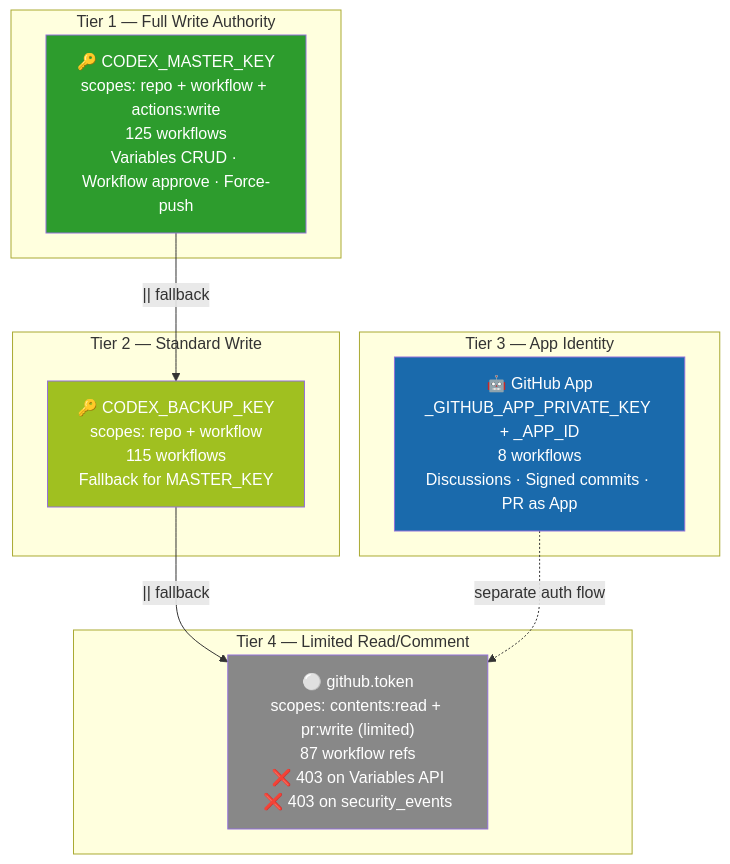
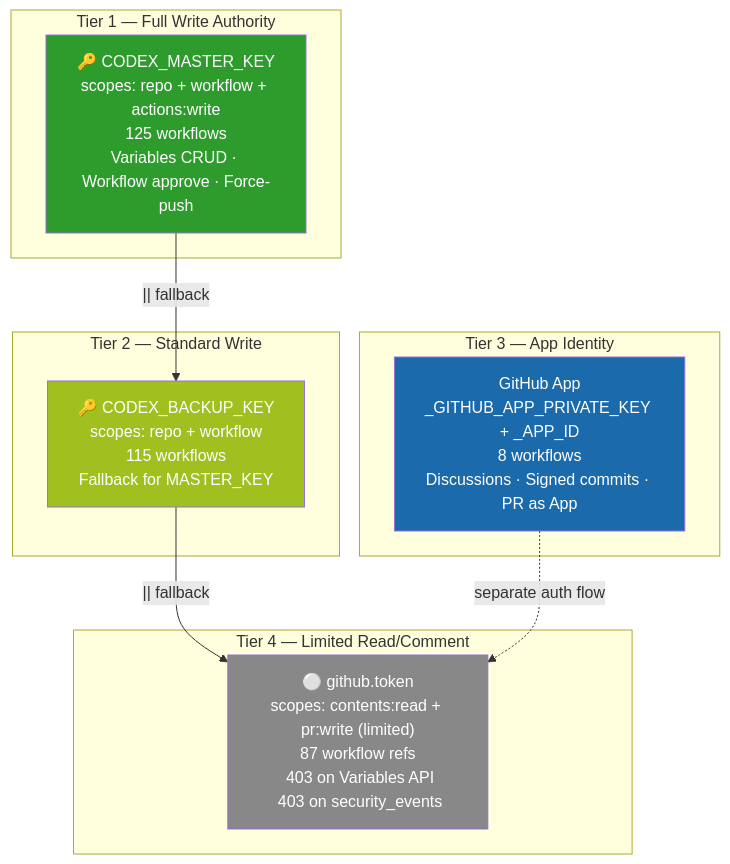
Before and after one commit to Aries-Serpent/_codex_: the fourth of 19 diagrams in docs/reference/ELEVATED_PRIVILEGES_TOKEN_REVIEW.md, drawn with Mermaid. The commit also changed other lines of this file and 2029 other files, not shown here.

First line of the commit message:
Publish DEPLOYMENT_GUIDE on site and remove GitHub repo links from deployed docs (#5297)

````diff
--- a/docs/reference/ELEVATED_PRIVILEGES_TOKEN_REVIEW.md
+++ b/docs/reference/ELEVATED_PRIVILEGES_TOKEN_REVIEW.md
@@ -716,25 +718,25 @@
 ```mermaid
 %%{init: {'accessibility': {'title': 'Flowchart showing "🔑 CODEX_MASTER_KEY\nscopes: repo + workflow + actions:write\n125 workflows\nVariables CRUD · Workflow approve · Force-push", "🔑 CODEX_BACKUP_KEY\nscopes: repo + workflow\n115 workflows\nFallback for MASTER_KEY"'}}%%
 graph TD
     subgraph "Tier 1 — Full Write Authority"
         MK["🔑 CODEX_MASTER_KEY\nscopes: repo + workflow + actions:write\n125 workflows\nVariables CRUD · Workflow approve · Force-push"]
     end
     subgraph "Tier 2 — Standard Write"
         BK["🔑 CODEX_BACKUP_KEY\nscopes: repo + workflow\n115 workflows\nFallback for MASTER_KEY"]
     end
     subgraph "Tier 3 — App Identity"
-        APP["🤖 GitHub App\n_GITHUB_APP_PRIVATE_KEY + _APP_ID\n8 workflows\nDiscussions · Signed commits · PR as App"]
+        APP[" GitHub App\n_GITHUB_APP_PRIVATE_KEY + _APP_ID\n8 workflows\nDiscussions · Signed commits · PR as App"]
     end
     subgraph "Tier 4 — Limited Read/Comment"
-        GT["⚪ github.token\nscopes: contents:read + pr:write (limited)\n87 workflow refs\n❌ 403 on Variables API\n❌ 403 on security_events"]
+        GT["⚪ github.token\nscopes: contents:read + pr:write (limited)\n87 workflow refs\n 403 on Variables API\n 403 on security_events"]
     end
 
     MK -->|"|| fallback"| BK
     BK -->|"|| fallback"| GT
     APP -.->|"separate auth flow"| GT
 
     style MK fill:#2d9c2d,color:#fff
     style BK fill:#a0c020,color:#fff
     style APP fill:#1a6aac,color:#fff
     style GT fill:#888,color:#fff
 ```
````
